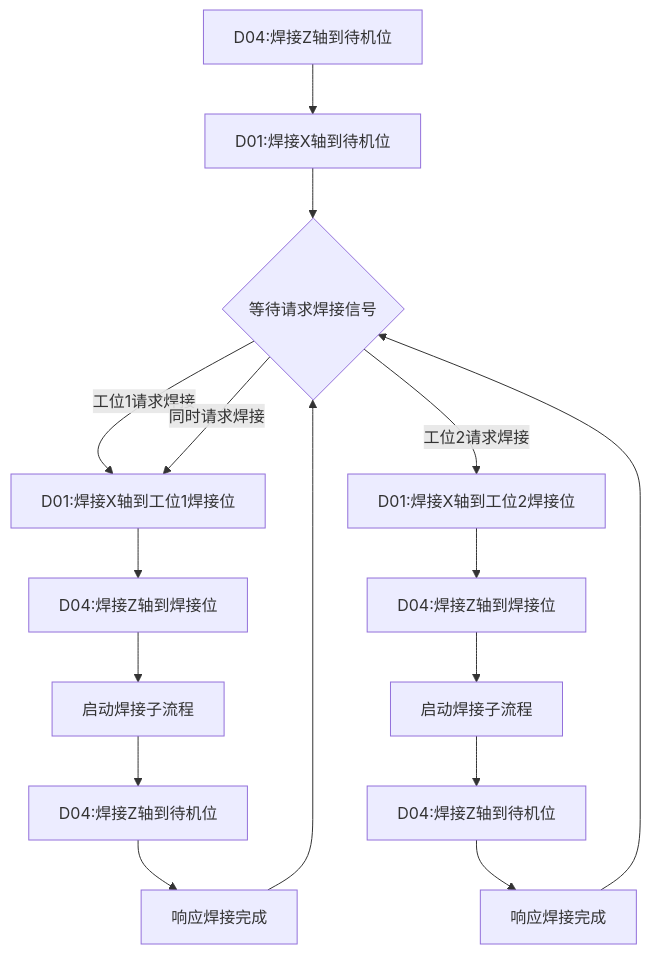
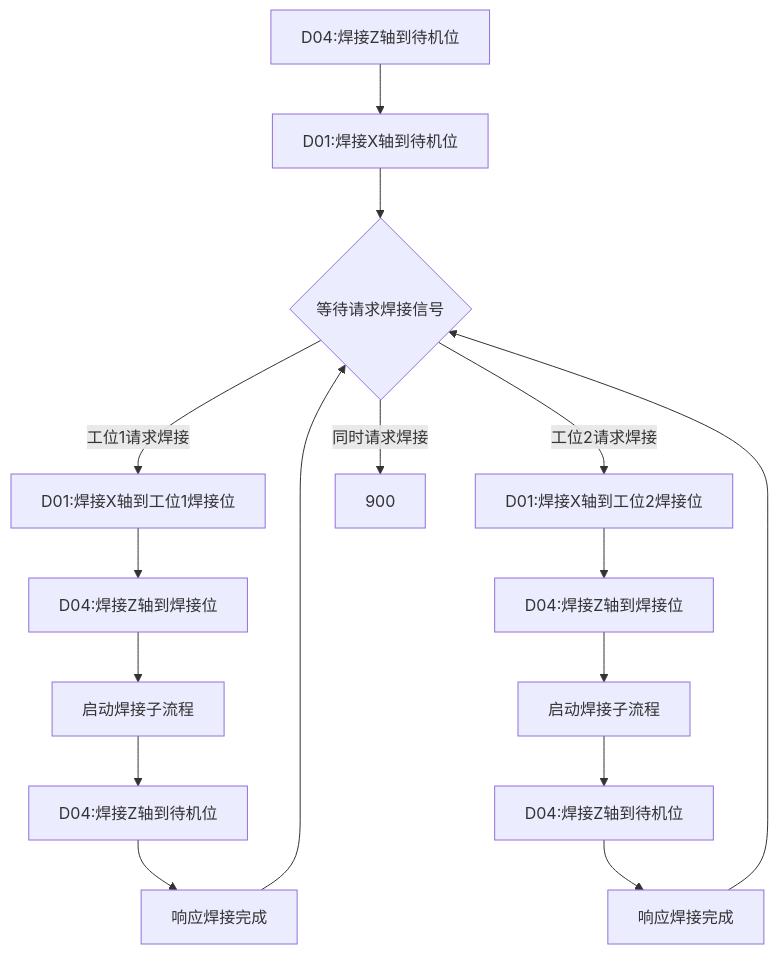
The diagram in all/OP20-1焊接工位自动流程.md (PengKun1/iodraw-files), drawn with Mermaid before and after one commit.

Commit message:
2024-08-07 09:07:52 update

````diff
--- a/all/OP20-1焊接工位自动流程.md
+++ b/all/OP20-1焊接工位自动流程.md
@@ -1,18 +1,18 @@
 ```mermaid
 graph TD
 10[D04:焊接Z轴到待机位]-->20
 20[D01:焊接X轴到待机位]-->30
 30{等待请求焊接信号}-->|工位1请求焊接|40
 30-->|工位2请求焊接|100
-30-->|同时请求焊接|40
+30-->|同时请求焊接|900
 40[D01:焊接X轴到工位1焊接位]-->50
 50[D04:焊接Z轴到焊接位]-->60
 60[启动焊接子流程]-->70
 70[D04:焊接Z轴到待机位]-->80
 80[响应焊接完成]-->30
 100[D01:焊接X轴到工位2焊接位]-->110
 110[D04:焊接Z轴到焊接位]-->120
 120[启动焊接子流程]-->130
 130[D04:焊接Z轴到待机位]-->140
 140[响应焊接完成]-->30
 ```
````
